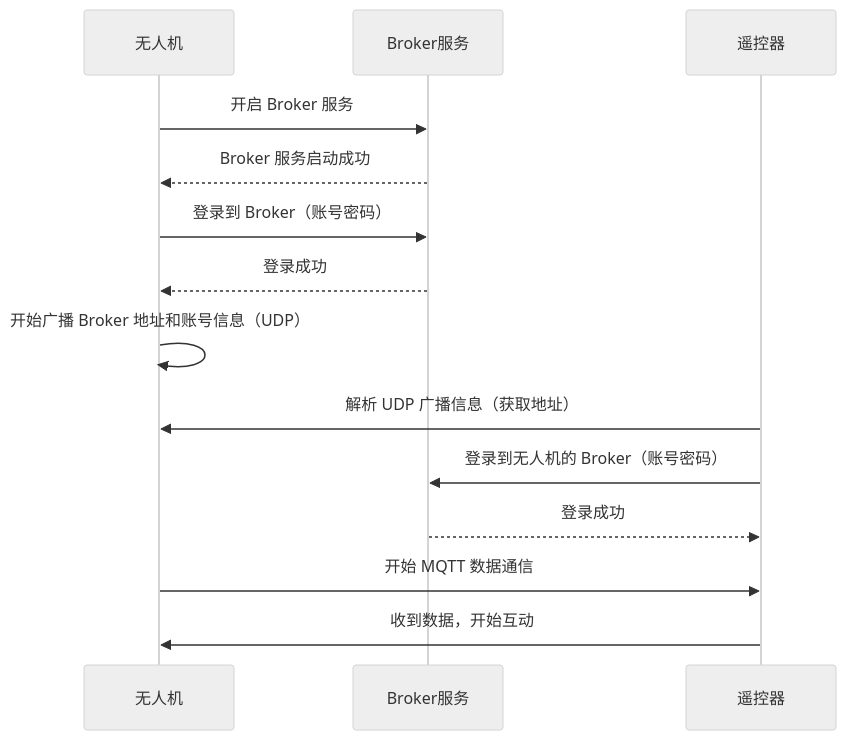
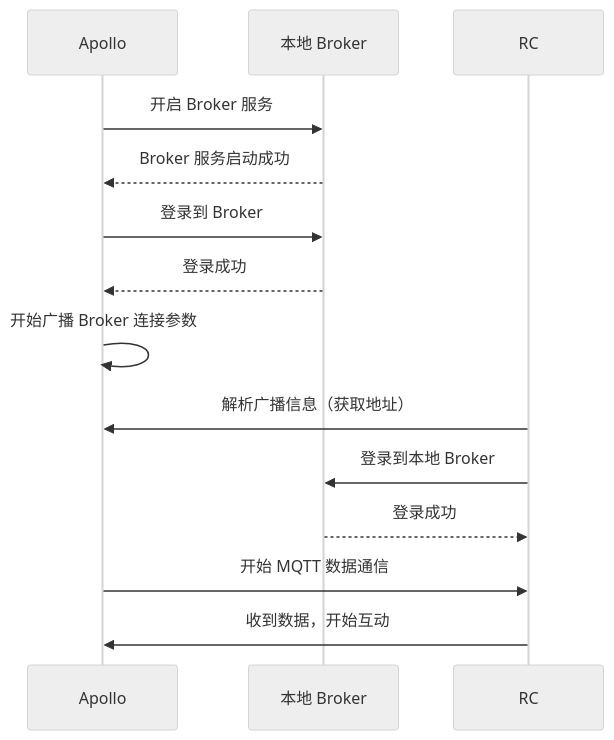
The second of 2 diagrams in docs/💼 工作/MQTT 详细功能设计.md (btONF/btonf.github.io), drawn with Mermaid (neutral theme) before and after one commit. The commit also changed other lines of this file and 1 other file, not shown here.

````diff
--- a/docs/💼 工作/MQTT 详细功能设计.md
+++ b/docs/💼 工作/MQTT 详细功能设计.md
@@ -175,20 +208,20 @@
 ```mermaid
 sequenceDiagram
-    participant Drone as 无人机
-    participant Broker as Broker服务
-    participant RemoteControl as 遥控器
+    participant Drone as Apollo
+    participant Broker as 本地 Broker
+    participant RemoteControl as RC
     
     Drone->>Broker: 开启 Broker 服务
     Broker-->>Drone: Broker 服务启动成功
-    Drone->>Broker: 登录到 Broker（账号密码）
+    Drone->>Broker: 登录到 Broker
     Broker-->>Drone: 登录成功
     
-    Drone->>Drone: 开始广播 Broker 地址和账号信息（UDP）
-    RemoteControl->>Drone: 解析 UDP 广播信息（获取地址）
-    RemoteControl->>Broker: 登录到无人机的 Broker（账号密码）
+    Drone->>Drone: 开始广播 Broker 连接参数
+    RemoteControl->>Drone: 解析广播信息（获取地址）
+    RemoteControl->>Broker: 登录到本地 Broker
     Broker-->>RemoteControl: 登录成功
     
     Drone->>RemoteControl: 开始 MQTT 数据通信
     RemoteControl->>Drone: 收到数据，开始互动
 
 ```
````
